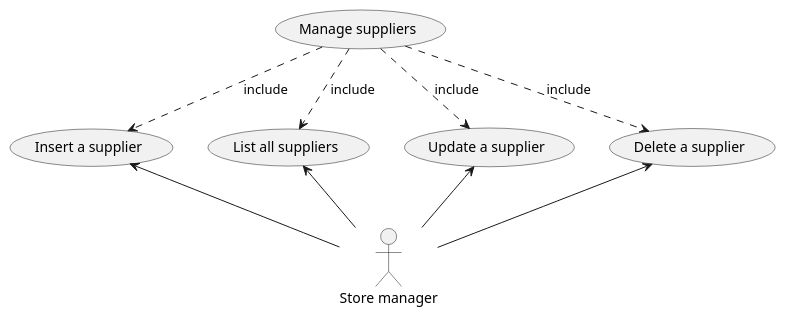
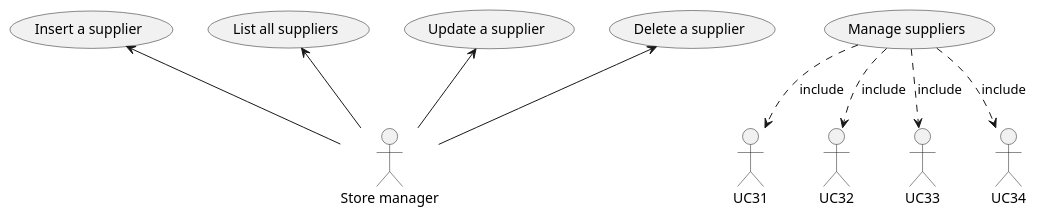
Before and after one commit to polito-se2-21-r03/se1-ezshop: the ninth of 12 diagrams in Deliverables/RequirementsDocument.md, drawn with PlantUML. The commit also changed other lines of this file, not shown here.

Commit message:
changes about UC diagram 6,7,8

````diff
--- a/Deliverables/RequirementsDocument.md
+++ b/Deliverables/RequirementsDocument.md
@@ -385,21 +396,21 @@
 ```plantuml
 "Store manager" as StoreManager
 
-(Manage suppliers) as FR
+(Manage suppliers) as FR8
 
-/' Supplier management (UC31, UC32, UC33, UC34) '/
-(Insert a supplier) as UC31
-(List all suppliers) as UC32
-(Update a supplier) as UC33
-(Delete a supplier) as UC34
+(Insert a supplier) as UC8.1
+(List all suppliers) as UC8.2
+(Update a supplier) as UC8.3
+(Delete a supplier) as UC8.4
 
-FR ..> UC31 :include
-FR ..> UC32 :include
-FR ..> UC33 :include
-FR ..> UC34 :include
+/' Supplier management (UC8.1, UC8.2, UC8.3, UC8.4) '/
+FR8 ..> UC31 :include
+FR8 ..> UC32 :include
+FR8 ..> UC33 :include
+FR8 ..> UC34 :include
 
-UC31 <-- StoreManager
-UC32 <-- StoreManager
-UC33 <-- StoreManager
-UC34 <-- StoreManager
+UC8.1 <-- StoreManager
+UC8.2 <-- StoreManager
+UC8.3 <-- StoreManager
+UC8.4 <-- StoreManager
 ```
````
